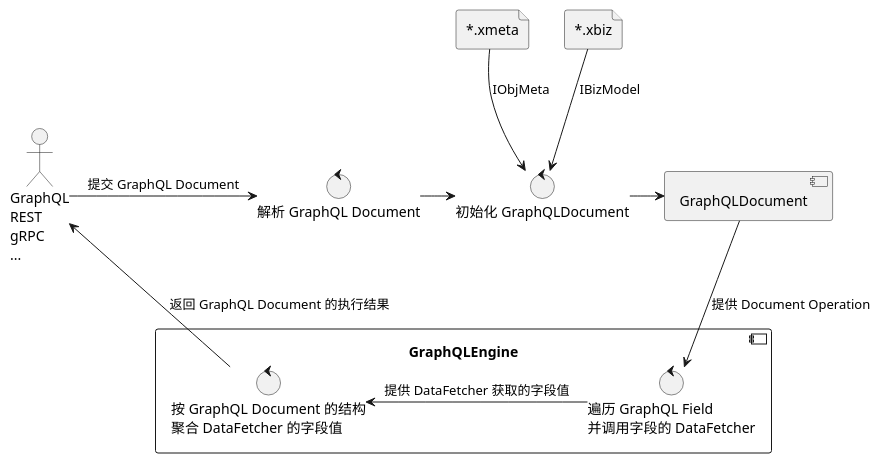
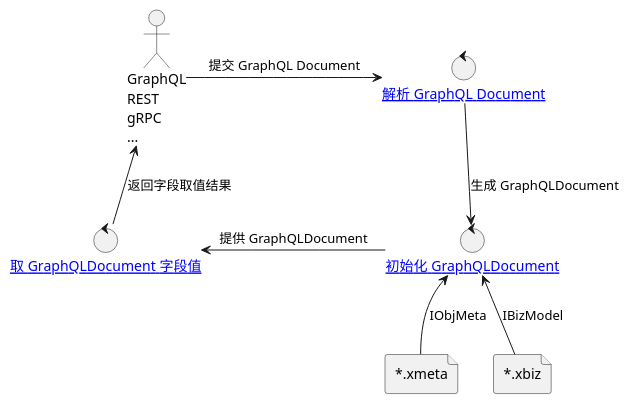
One commit to crazydan-studio/nop.crazydan.io changed the second of 5 diagrams in docs/400.implement/400.component/100.graphql.md. Above: the diagram before and after it, drawn with PlantUML. The commit also changed other lines of this file, not shown here.

Commit message:
Docs: 更新章节<NopGraphQL 引擎>

````diff
--- a/docs/400.implement/400.component/100.graphql.md
+++ b/docs/400.implement/400.component/100.graphql.md
@@ -296,24 +296,16 @@
 ```plantuml
 actor "GraphQL\nREST\ngRPC\n..." as client
-control "解析 GraphQL Document" as parse_doc
-control "初始化 GraphQLDocument" as init_doc
+control "[[#impl-parse-graphql-doc 解析 GraphQL Document]]" as parse_doc
+control "[[#impl-init-graphql-doc 初始化 GraphQLDocument]]" as init_doc
+control "[[#impl-fetch-graphql-field-data 取 GraphQLDocument 字段值]]" as fetch_data
 file "~*.xmeta" as xmeta
 file "~*.xbiz" as xbiz
-component "GraphQLDocument" as doc
 
-component "GraphQLEngine" as engine {
-  control "遍历 GraphQL Field\n并调用字段的 DataFetcher" as exec
-  control "按 GraphQL Document 的结构\n聚合 DataFetcher 的字段值" as merge
-
-  doc -down-> exec: 提供 Document Operation
-  exec -left-> merge: 提供 DataFetcher 获取的字段值
-  merge -up-> client: 返回 GraphQL Document 的执行结果
-}
-
-xmeta -down-> init_doc: IObjMeta
-xbiz -down-> init_doc: IBizModel
+xmeta -up-> init_doc: IObjMeta
+xbiz -up-> init_doc: IBizModel
 
 client -right-> parse_doc: 提交 GraphQL Document
-parse_doc -right-> init_doc
-init_doc -right-> doc
+parse_doc -down-> init_doc: 生成 GraphQLDocument
+init_doc -left-> fetch_data: 提供 GraphQLDocument
+fetch_data -up-> client: 返回字段取值结果
 ```
````
